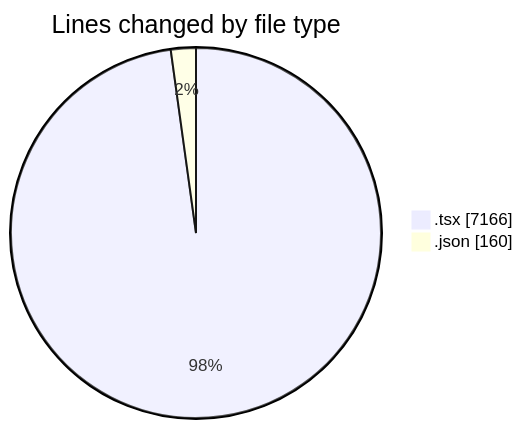
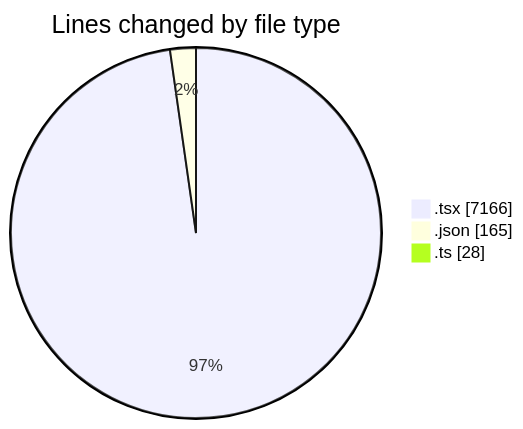
The first of 2 diagrams in 2026-11-13/broadcaster-v6-feature/README.md (momahboobian/code-tracking), drawn with Mermaid before and after one commit. The commit also changed other lines of this file and 1 other file, not shown here.

````diff
--- a/2026-11-13/broadcaster-v6-feature/README.md
+++ b/2026-11-13/broadcaster-v6-feature/README.md
@@ -37,6 +39,7 @@
 ```mermaid
 pie showData
 title Lines changed by file type
 ".tsx" : 7166
-".json" : 160
+".json" : 165
+".ts" : 28
 ```
````
